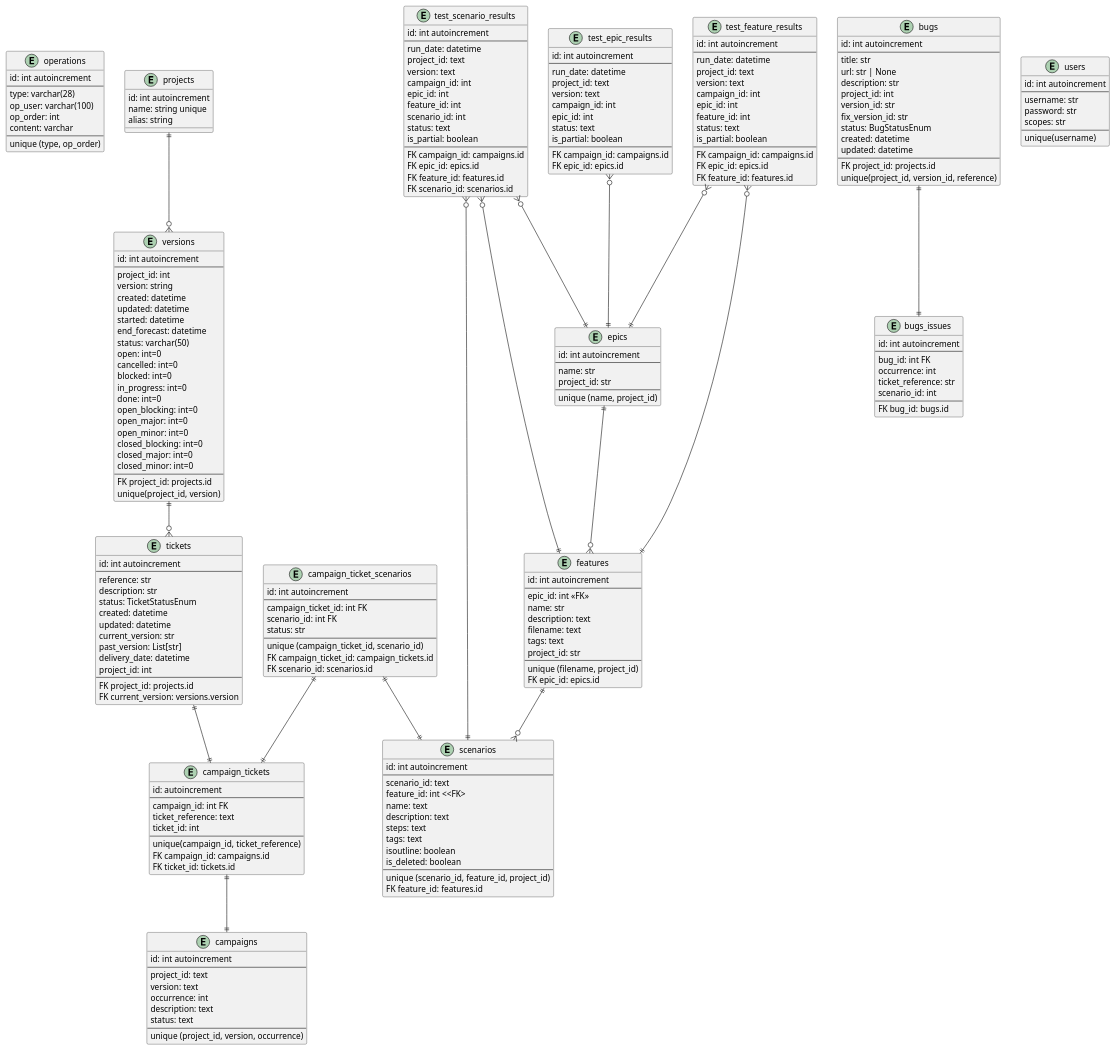
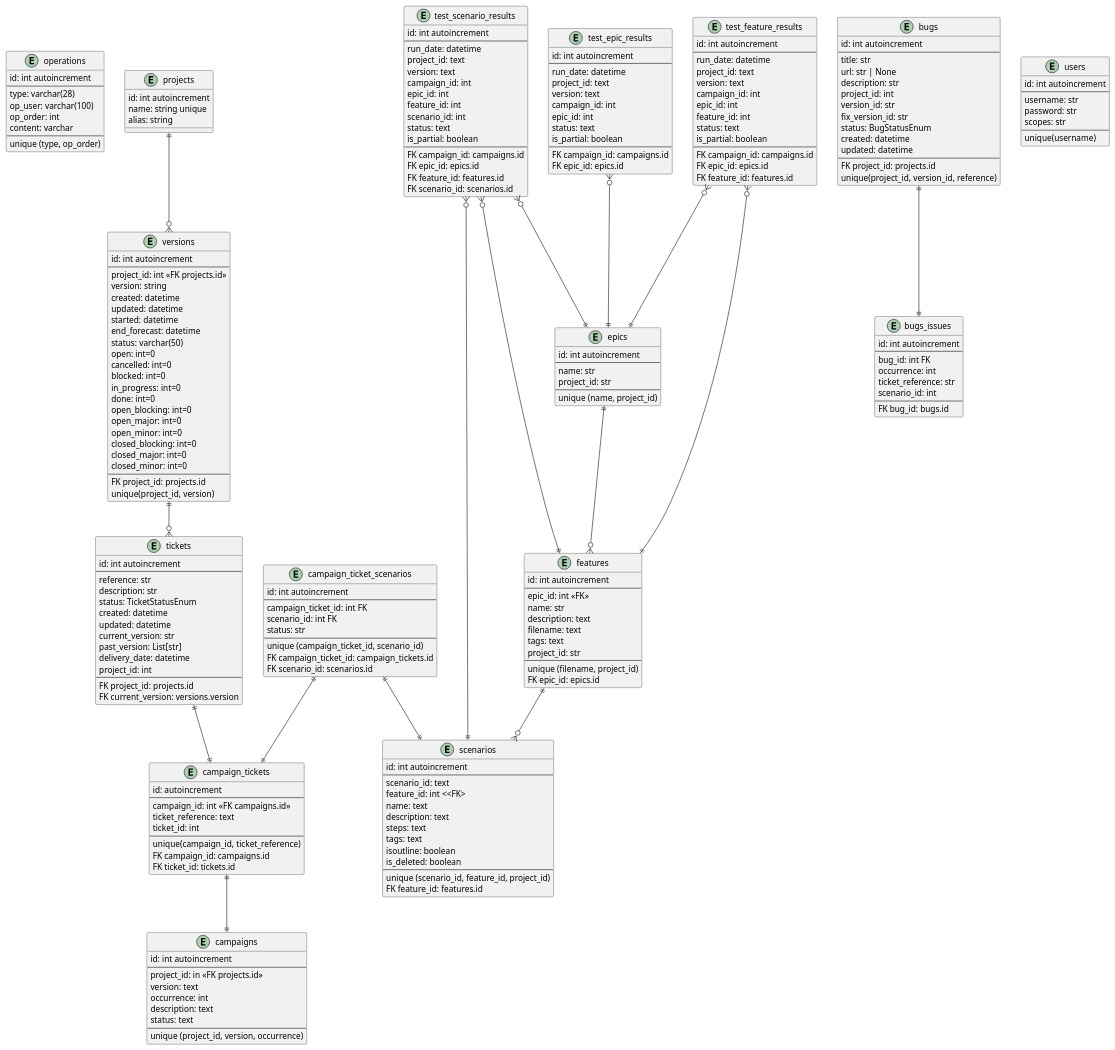
The diagram in documentation/sql_db.puml (Hidden-goblin/eaidashboard), drawn with PlantUML before and after one commit. The commit also changed 44 other files, not shown here.

```diff
--- a/documentation/sql_db.puml
+++ b/documentation/sql_db.puml
@@ -69,7 +69,7 @@
 entity campaigns {
 id: int autoincrement
 --
-project_id: text
+project_id: in <<FK projects.id>>
 version: text
 occurrence: int
 description: text
@@ -82,7 +82,7 @@
 entity campaign_tickets{
 id: autoincrement
 ---
-campaign_id: int FK
+campaign_id: int <<FK campaigns.id>>
 ticket_reference: text
 ticket_id: int
 ---
@@ -182,7 +182,7 @@
 entity versions {
 id: int autoincrement
 ---
-project_id: int
+project_id: int <<FK projects.id>>
 version: string
 created: datetime
 updated: datetime
```
